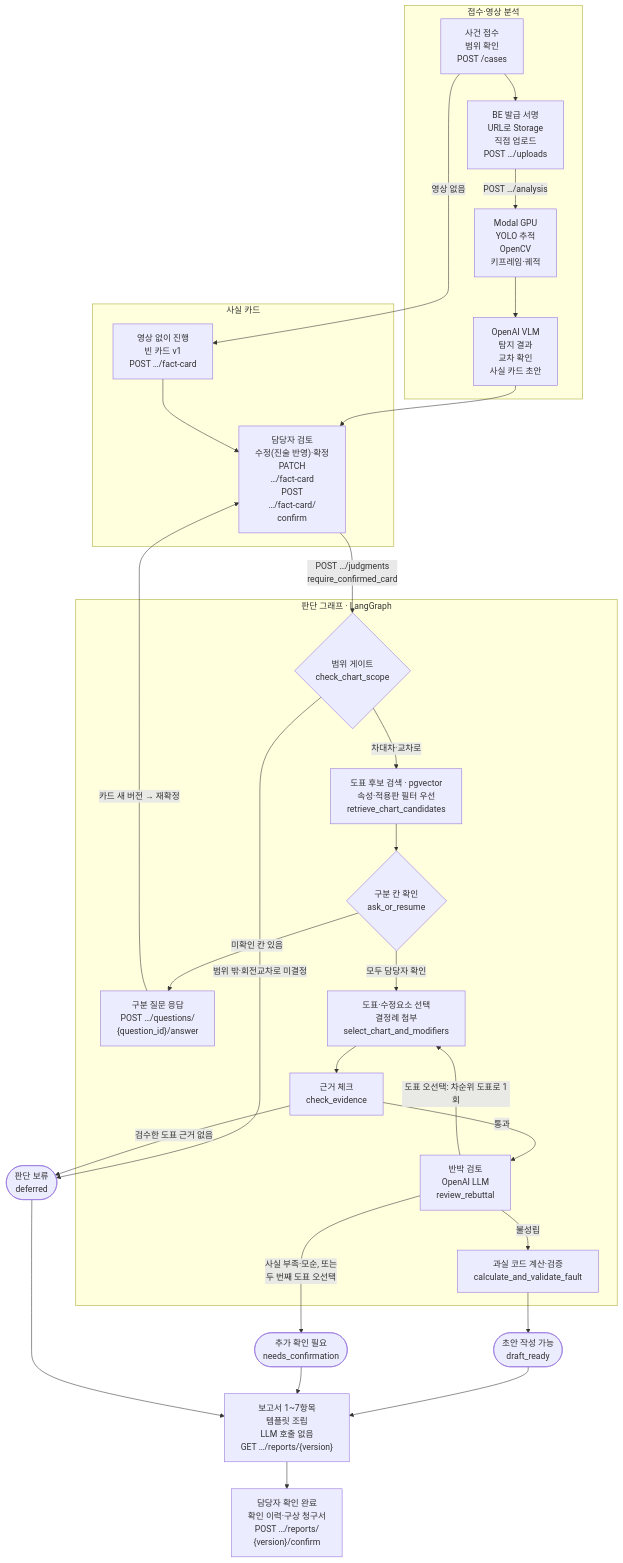
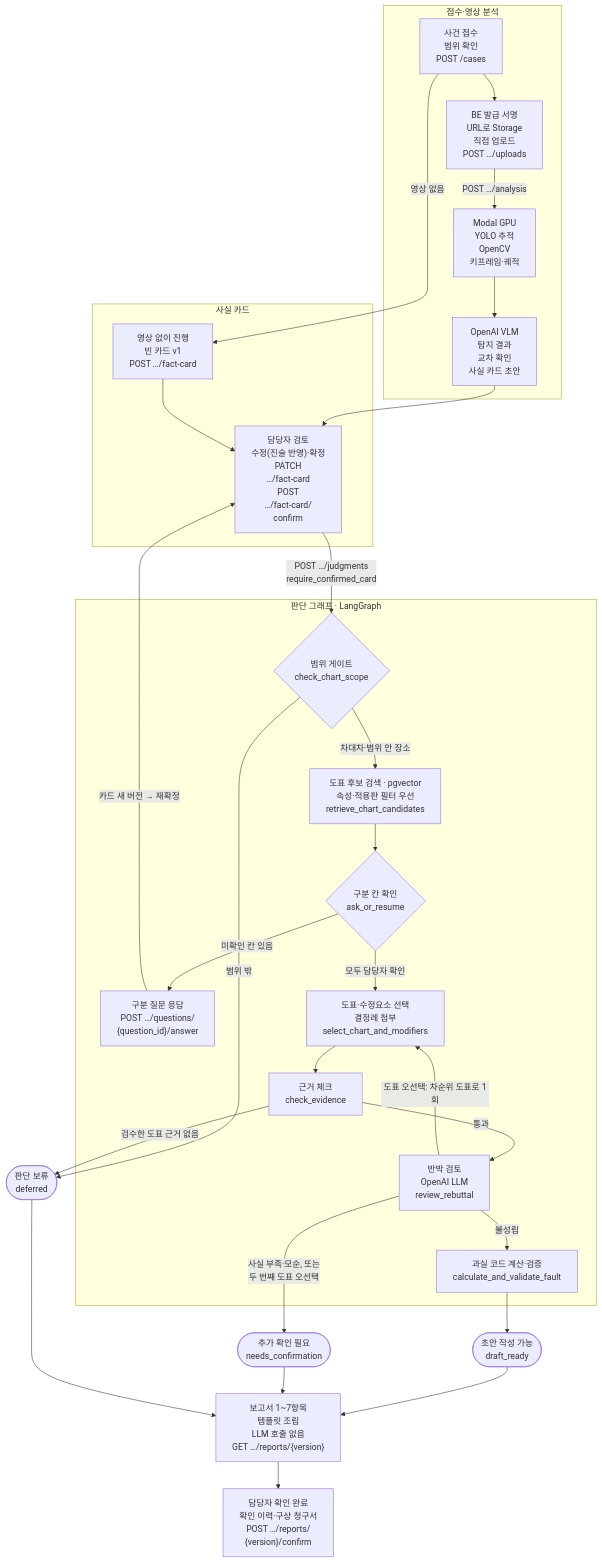
One commit to Ok-Muncheol/ok-muncheol-be changed the diagram in README.md. Above: the diagram before and after it, drawn with Mermaid. The commit also changed 22 other files, not shown here.

````diff
--- a/README.md
+++ b/README.md
@@ -69,49 +69,49 @@
 ```mermaid
 flowchart TD
     subgraph INTAKE["접수·영상 분석"]
         A["사건 접수<br/>범위 확인<br/>POST /cases"] --> C["BE 발급 서명<br/>URL로 Storage<br/>직접 업로드<br/>POST …/uploads"]
         C -->|"POST …/analysis"| D["Modal GPU<br/>YOLO 추적<br/>OpenCV<br/>키프레임·궤적"]
         D --> E["OpenAI VLM<br/>탐지 결과<br/>교차 확인<br/>사실 카드 초안"]
     end
 
     subgraph CARD["사실 카드"]
         F["영상 없이 진행<br/>빈 카드 v1<br/>POST …/fact-card"]
         G["담당자 검토<br/>수정(진술 반영)·확정<br/>PATCH<br/>…/fact-card<br/>POST<br/>…/fact-card/<br/>confirm"]
     end
 
     A -->|영상 없음| F
     E --> G
     F --> G
 
     subgraph JUDGE["판단 그래프 · LangGraph"]
         H{"범위 게이트<br/>check_chart_scope"}
         I["도표 후보 검색 · pgvector<br/>속성·적용판 필터 우선<br/>retrieve_chart_candidates"]
         J{"구분 칸 확인<br/>ask_or_resume"}
         K["구분 질문 응답<br/>POST …/questions/<br/>{question_id}/answer"]
         L["도표·수정요소 선택<br/>결정례 첨부<br/>select_chart_and_modifiers"]
         M["근거 체크<br/>check_evidence"]
         N["반박 검토<br/>OpenAI LLM<br/>review_rebuttal"]
         O["과실 코드 계산·검증<br/>calculate_and_validate_fault"]
-        H -->|차대차·교차로| I --> J
+        H -->|차대차·범위 안 장소| I --> J
         J -->|미확인 칸 있음| K
         J -->|모두 담당자 확인| L --> M
         M -->|통과| N
         N -->|불성립| O
         N -->|"도표 오선택: 차순위 도표로 1회"| L
     end
 
     G -->|"POST …/judgments<br/>require_confirmed_card"| H
     K -->|"카드 새 버전 → 재확정"| G
 
     R1(["초안 작성 가능<br/>draft_ready"])
     R2(["추가 확인 필요<br/>needs_confirmation"])
     R3(["판단 보류<br/>deferred"])
 
-    H -->|"범위 밖·회전교차로 미결정"| R3
+    H -->|"범위 밖"| R3
     M -->|"검수한 도표 근거 없음"| R3
     N -->|"사실 부족·모순, 또는<br/>두 번째 도표 오선택"| R2
     O --> R1
 
     R1 & R2 & R3 --> S["보고서 1~7항목<br/>템플릿 조립<br/>LLM 호출 없음<br/>GET …/reports/{version}"]
     S --> T["담당자 확인 완료<br/>확인 이력·구상 청구서<br/>POST …/reports/<br/>{version}/confirm"]
 ```
````
